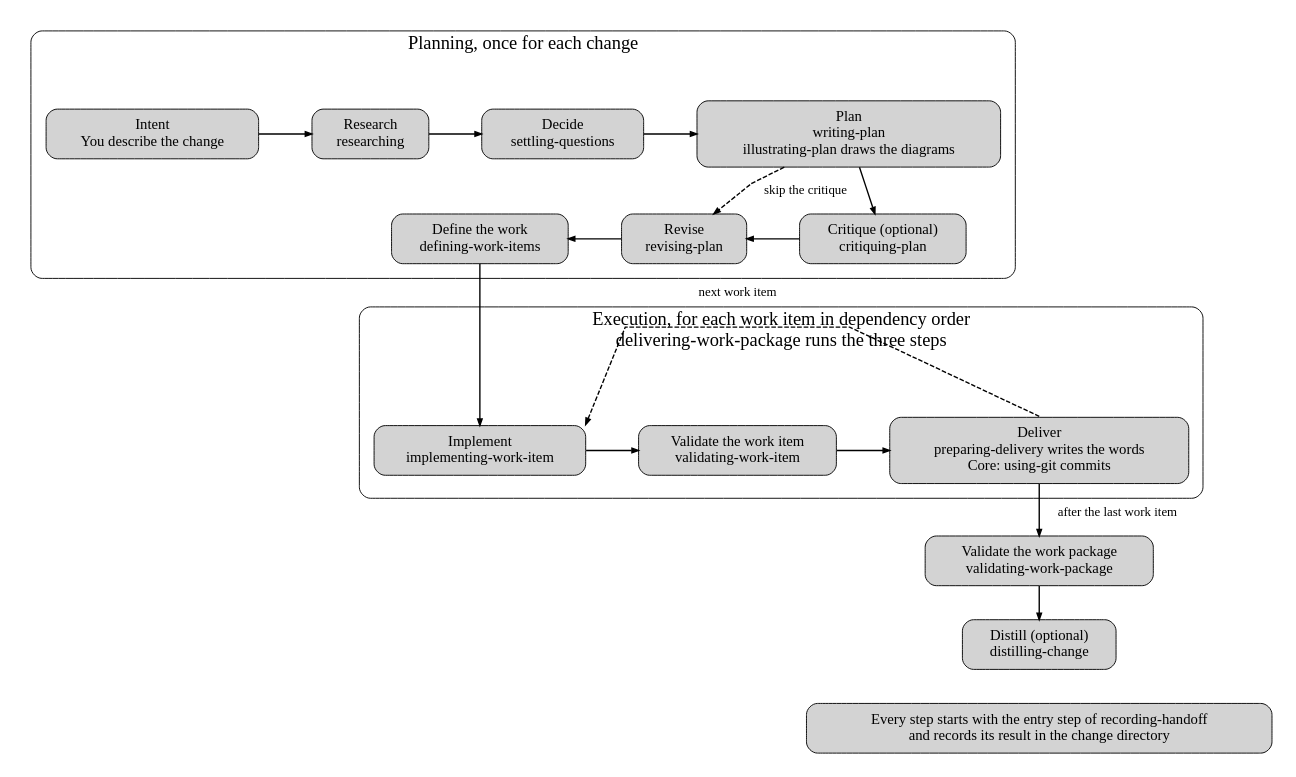
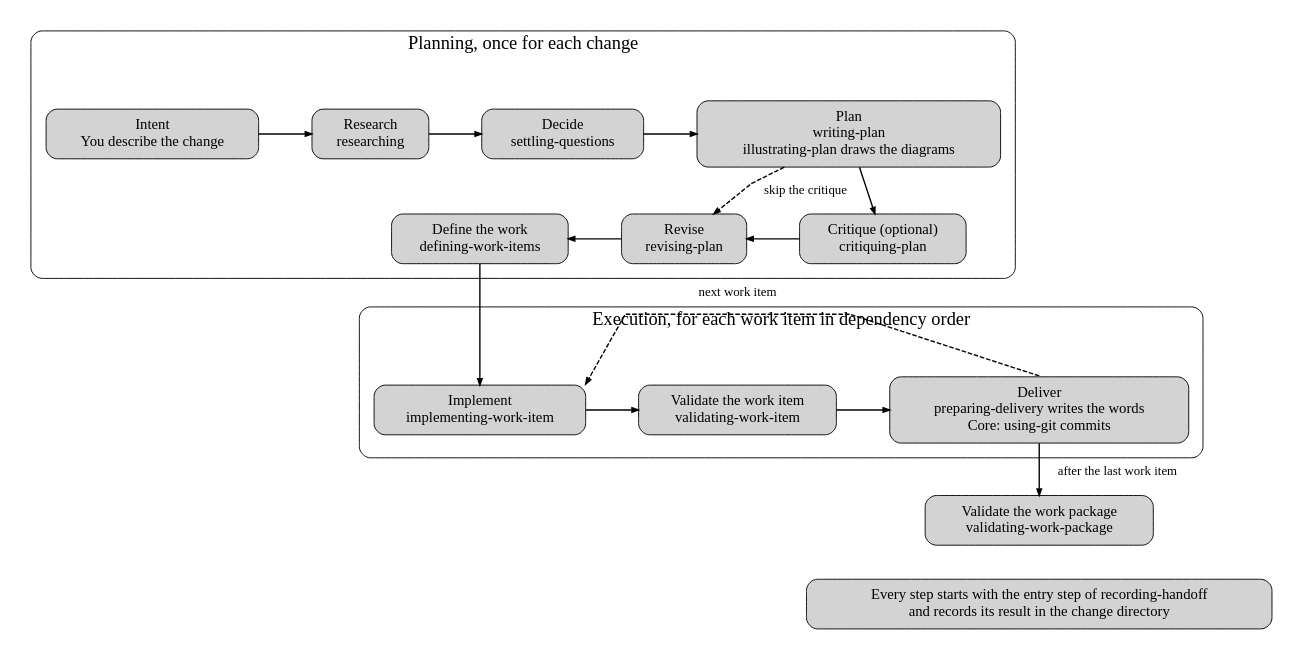
The diagram in packages/runtime/plugin/plugin-workflow/diagrams/change-flow.dot (xonovex/platform), drawn with Graphviz before and after one commit. The commit also changed 59 other files, not shown here.

First line of the commit message:
feat(workflow)!: remove delivering-work-package and distilling-change

```diff
--- a/packages/runtime/plugin/plugin-workflow/diagrams/change-flow.dot
+++ b/packages/runtime/plugin/plugin-workflow/diagrams/change-flow.dot
@@ -1,46 +1,44 @@
 digraph change_flow {
   graph [rankdir=TB, pad=0.25, nodesep=0.4, ranksep=0.5, splines=polyline, fontsize=20];
   node [shape=box, style="rounded,filled", fontsize=16, margin="0.2,0.12"];
   edge [fontsize=14, penwidth=1.5, arrowsize=0.7];
 
   subgraph cluster_planning {
     graph [label="Planning, once for each change", style=rounded, role=panel, margin=16];
 
     intent [label="Intent\nYou describe the change", role=actor];
     research [label="Research\nresearching"];
     decide [label="Decide\nsettling-questions"];
     plan [label="Plan\nwriting-plan\nillustrating-plan draws the diagrams"];
     critique [label="Critique (optional)\ncritiquing-plan", role=note];
     revise [label="Revise\nrevising-plan"];
     define [label="Define the work\ndefining-work-items"];
 
     { rank=same; intent; research; decide; plan; }
     { rank=same; define; revise; critique; }
   }
 
   subgraph cluster_execution {
-    graph [label="Execution, for each work item in dependency order\ndelivering-work-package runs the three steps", style=rounded, role=panel, margin=16];
+    graph [label="Execution, for each work item in dependency order", style=rounded, role=panel, margin=16];
 
     implement [label="Implement\nimplementing-work-item"];
     validate_item [label="Validate the work item\nvalidating-work-item"];
     deliver [label="Deliver\npreparing-delivery writes the words\nCore: using-git commits"];
 
     { rank=same; implement; validate_item; deliver; }
   }
 
   validate_package [label="Validate the work package\nvalidating-work-package", role=strong];
-  distill [label="Distill (optional)\ndistilling-change", role=positive];
   entry [label="Every step starts with the entry step of recording-handoff\nand records its result in the change directory", role=caption];
 
   intent -> research -> decide -> plan;
   plan -> critique;
   revise -> critique [dir=back];
   plan -> revise [style=dashed, label="skip the critique"];
   define -> revise [dir=back];
   define -> implement;
   implement -> validate_item -> deliver;
   deliver:n -> implement:ne [style=dashed, constraint=false, label="next work item", role=retry];
   deliver -> validate_package [label="after the last work item"];
-  validate_package -> distill;
-  distill -> entry [style=invis];
+  validate_package -> entry [style=invis];
 }
```
